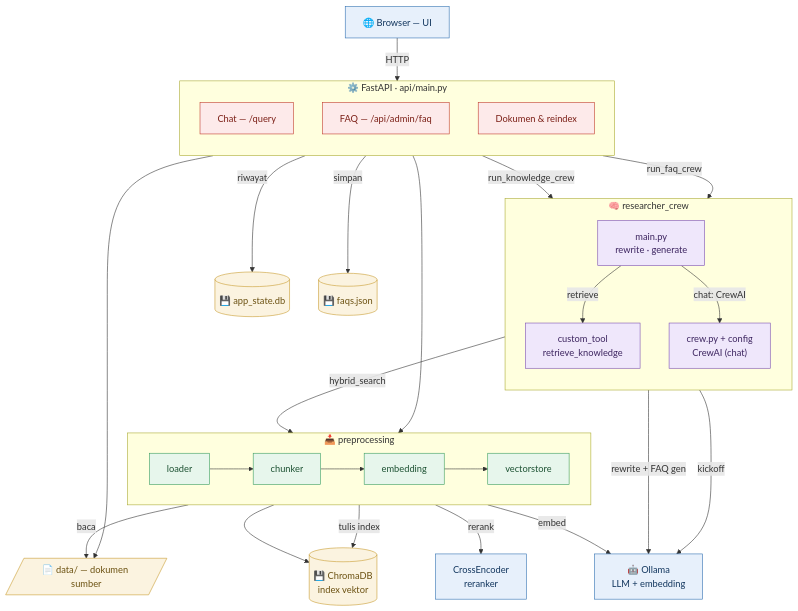
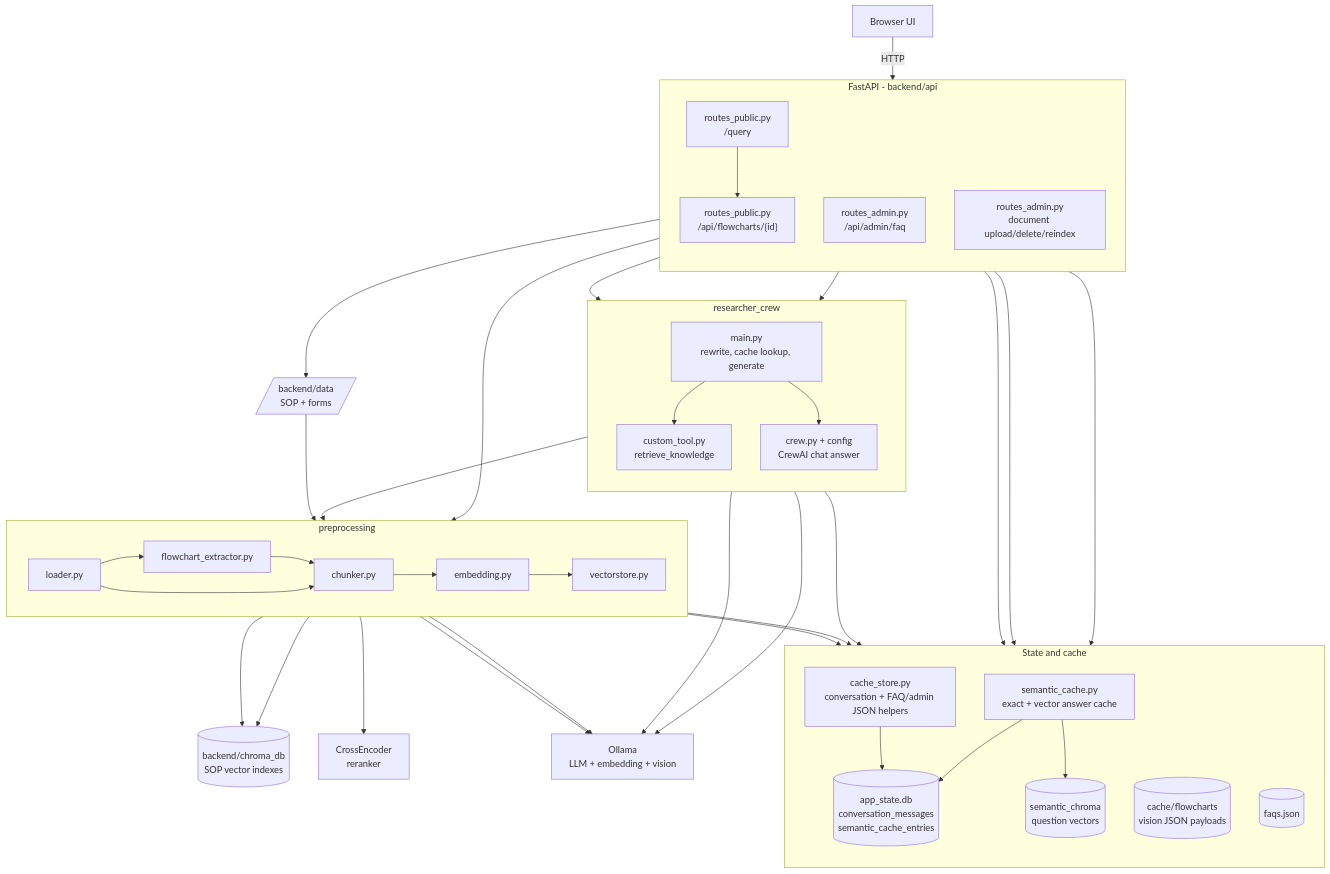
Before and after one commit to Akram17t/Internship: the diagram in Capstone/docs/TOPOLOGY.md, drawn with Mermaid. The commit also changed other lines of this file and 14 other files, not shown here.

````diff
--- a/Capstone/docs/TOPOLOGY.md
+++ b/Capstone/docs/TOPOLOGY.md
@@ -6,63 +6,71 @@
 ```mermaid
 flowchart TB
-    Browser["🌐 Browser — UI"]
-    Ollama["🤖 Ollama<br/>LLM + embedding"]
+    Browser["Browser UI"]
+    Ollama["Ollama<br/>LLM + embedding + vision"]
     Reranker["CrossEncoder<br/>reranker"]
 
-    subgraph API["⚙️ FastAPI · api/main.py"]
+    subgraph API["FastAPI - backend/api"]
         direction TB
-        Chat["Chat — /query"]
-        Faq["FAQ — /api/admin/faq"]
-        DocMgmt["Dokumen & reindex"]
+        Chat["routes_public.py<br/>/query"]
+        FlowchartAPI["routes_public.py<br/>/api/flowcharts/{id}"]
+        Faq["routes_admin.py<br/>/api/admin/faq"]
+        DocMgmt["routes_admin.py<br/>document upload/delete/reindex"]
     end
 
-    subgraph Crew["🧠 researcher_crew"]
+    subgraph State["State and cache"]
         direction TB
-        Main["main.py<br/>rewrite · generate"]
-        Retrieve["custom_tool<br/>retrieve_knowledge"]
-        CrewDef["crew.py + config<br/>CrewAI (chat)"]
+        CacheStore["cache_store.py<br/>conversation + FAQ/admin JSON helpers"]
+        CacheDB[("app_state.db<br/>conversation_messages<br/>semantic_cache_entries")]
+        SemanticCache["semantic_cache.py<br/>exact + vector answer cache"]
+        SemanticChroma[("semantic_chroma<br/>question vectors")]
+        FlowchartCache[("cache/flowcharts<br/>vision JSON payloads")]
+        Faqs[("faqs.json")]
     end
 
-    subgraph Prep["📥 preprocessing"]
-        direction LR
-        Loader["loader"] --> Chunker["chunker"] --> Embed["embedding"] --> VStore["vectorstore"]
+    subgraph Crew["researcher_crew"]
+        direction TB
+        Main["main.py<br/>rewrite, cache lookup, generate"]
+        Retrieve["custom_tool.py<br/>retrieve_knowledge"]
+        CrewDef["crew.py + config<br/>CrewAI chat answer"]
     end
 
-    Chroma[("💾 ChromaDB<br/>index vektor")]
-    State[("💾 app_state.db")]
-    Faqs[("💾 faqs.json")]
-    Data[/"📄 data/ — dokumen sumber"/]
+    subgraph Prep["preprocessing"]
+        direction LR
+        Loader["loader.py"] --> FlowExt["flowchart_extractor.py"] --> Chunker["chunker.py"]
+        Loader --> Chunker
+        Chunker --> Embed["embedding.py"] --> VStore["vectorstore.py"]
+    end
+
+    Data[/"backend/data<br/>SOP + forms"/]
+    Chroma[("backend/chroma_db<br/>SOP vector indexes")]
 
     Browser -->|HTTP| API
+    Chat --> CacheStore
+    CacheStore --> CacheDB
+    Chat --> Main
+    Chat --> FlowchartAPI
+    FlowchartAPI --> FlowchartCache
 
-    Chat -->|run_knowledge_crew| Main
-    Faq -->|run_faq_crew| Main
-    Chat -->|riwayat| State
-    Faq -->|simpan| Faqs
+    Main --> SemanticCache
+    SemanticCache --> CacheDB
+    SemanticCache --> SemanticChroma
+    Main --> Retrieve
+    Main --> CrewDef
+    Main --> Ollama
+    CrewDef --> Ollama
+    Retrieve --> VStore
+    VStore --> Chroma
+    VStore --> Reranker
+
+    Faq --> Main
+    Faq --> Faqs
+
+    DocMgmt --> Data
     DocMgmt --> Prep
-    DocMgmt --> Data
-
-    Main -->|retrieve| Retrieve
-    Main -->|chat: CrewAI| CrewDef
-    Main -->|rewrite + FAQ gen| Ollama
-    CrewDef -->|kickoff| Ollama
-    Retrieve -->|hybrid_search| VStore
+    Data --> Loader
+    FlowExt --> Ollama
+    FlowExt --> FlowchartCache
+    Embed --> Ollama
     VStore --> Chroma
-    VStore -->|rerank| Reranker
-
-    Loader -->|baca| Data
-    Embed -->|embed| Ollama
-    VStore -->|tulis index| Chroma
-
-    classDef ext fill:#e7f0fb,stroke:#2f6fb0,color:#12365e;
-    classDef api fill:#fdeaea,stroke:#c0392b,color:#7b1f16;
-    classDef crew fill:#efe7fb,stroke:#7b4fb0,color:#3d2560;
-    classDef ing fill:#e7f6ec,stroke:#3a9d5d,color:#1d5233;
-    classDef store fill:#fbf3e0,stroke:#c79a2e,color:#6b5111;
-
-    class Browser,Ollama,Reranker ext;
-    class Chat,Faq,DocMgmt api;
-    class Main,Retrieve,CrewDef crew;
-    class Loader,Chunker,Embed,VStore ing;
-    class Chroma,State,Faqs,Data store;
+    Prep --> SemanticCache
 ```
````
